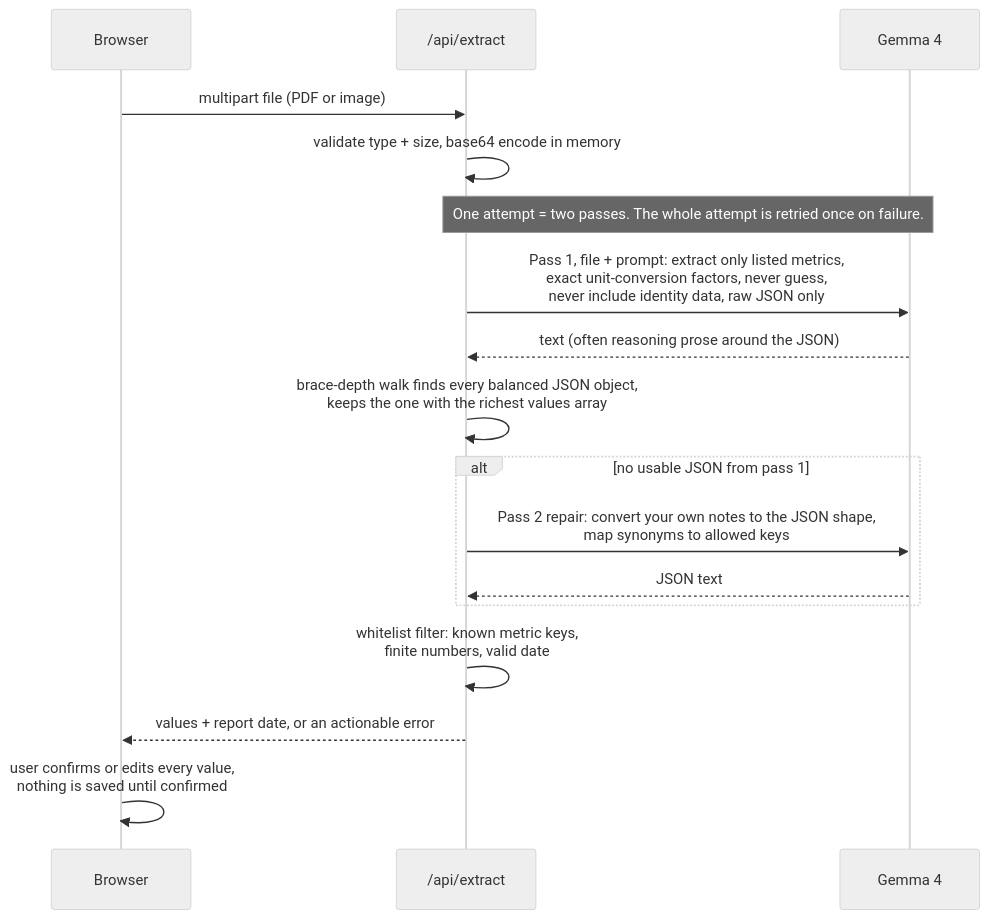
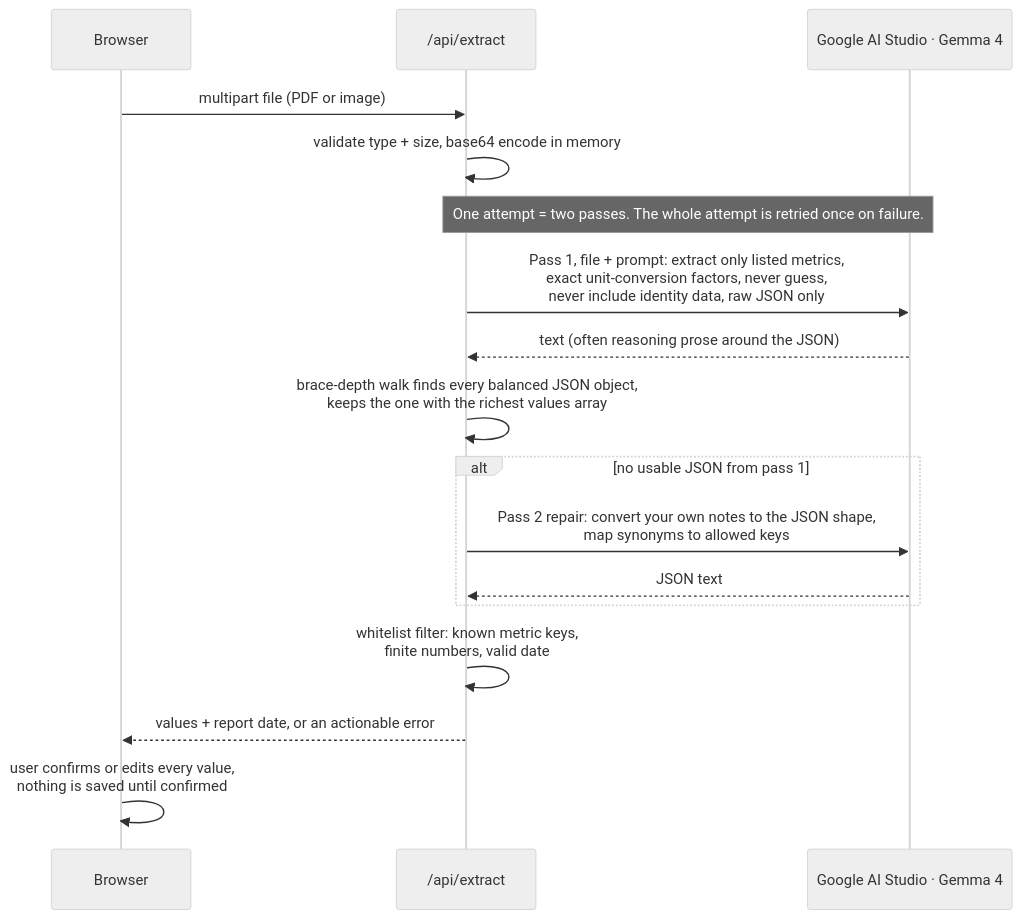
The second of 2 diagrams in README.md (fozagtx/bethealth), drawn with Mermaid (neutral theme) before and after one commit. The commit also changed other lines of this file and 13 other files, not shown here.

````diff
--- a/README.md
+++ b/README.md
@@ -76,20 +78,20 @@
 ```mermaid
 sequenceDiagram
     participant C as Browser
     participant API as /api/extract
-    participant G as Gemma 4
+    participant G as Google AI Studio · Gemma 4
 
     C->>API: multipart file (PDF or image)
     API->>API: validate type + size, base64 encode in memory
     Note over API,G: One attempt = two passes. The whole attempt is retried once on failure.
     API->>G: Pass 1, file + prompt: extract only listed metrics,<br/>exact unit-conversion factors, never guess,<br/>never include identity data, raw JSON only
     G-->>API: text (often reasoning prose around the JSON)
     API->>API: brace-depth walk finds every balanced JSON object,<br/>keeps the one with the richest values array
     alt no usable JSON from pass 1
         API->>G: Pass 2 repair: convert your own notes to the JSON shape,<br/>map synonyms to allowed keys
         G-->>API: JSON text
     end
     API->>API: whitelist filter: known metric keys,<br/>finite numbers, valid date
     API-->>C: values + report date, or an actionable error
     C->>C: user confirms or edits every value,<br/>nothing is saved until confirmed
 ```
````
